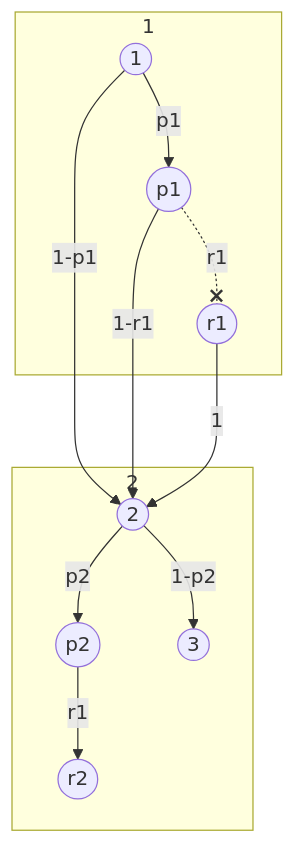
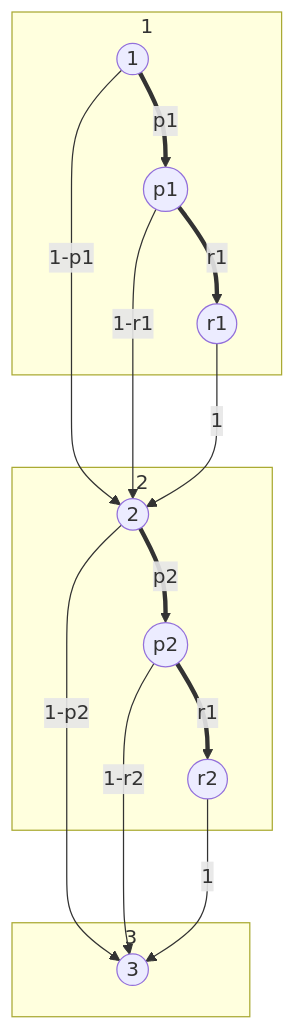
The fifth of 6 diagrams in vault/sem2/AuW/UE/cx/bf/cx07-bf.md (bfeitknecht/vault), drawn with Mermaid before and after one commit.

Commit message:
vault backup: 2024-05-06 14:31:07 from MacBook Pro (echo)
Affected files:
vault/sem2/AuW/UE/cx/bf/cx07-bf.md

````diff
--- a/vault/sem2/AuW/UE/cx/bf/cx07-bf.md
+++ b/vault/sem2/AuW/UE/cx/bf/cx07-bf.md
@@ -200,33 +200,37 @@
 ```mermaid
 flowchart TD
+
+subgraph 3
+id7((3))
+end
+
 
 subgraph 2
 id4((2))
 id5((p2))
 id6((r2))
-id7((3))
 
-id4-->|"p2"|id5
+id4==>|"p2"|id5
 id4-->|"1-p2"|id7
-id5-->|"r1"|id6
+id5==>|"r1"|id6
+id5-->|"1-r2"|id7
+id6-->|"1"|id7
+end
 
-
-
-end
 
 subgraph 1
 id1((1))
 id2((p1))
 id3((r1))
 
 
-id1-->|"p1"|id2
+id1==>|"p1"|id2
 id1-->|"1-p1"|id4
-id2-.-x|"r1"|id3
+id2==>|"r1"|id3
 id2-->|"1-r1"|id4
 id3-->|"1"|id4
 end
 
 
 
 ```
````
